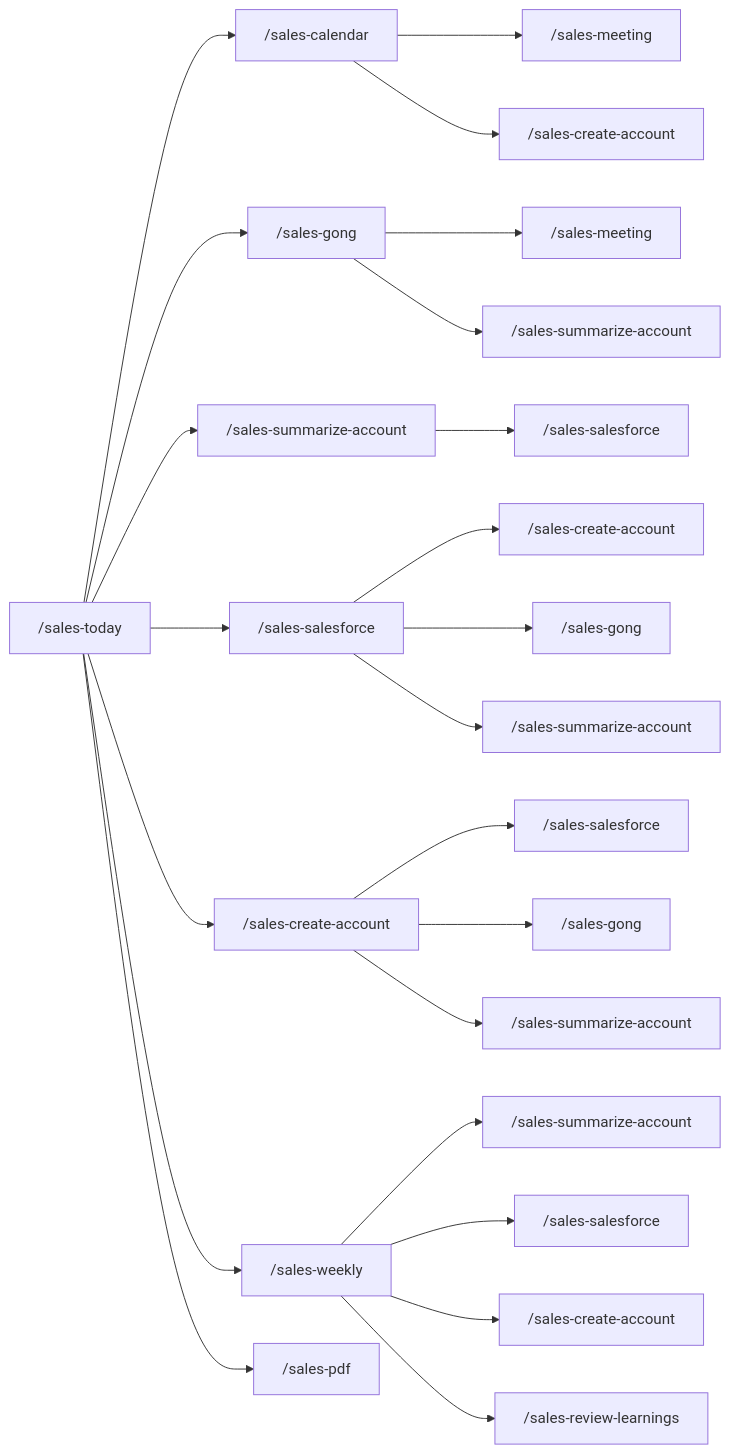
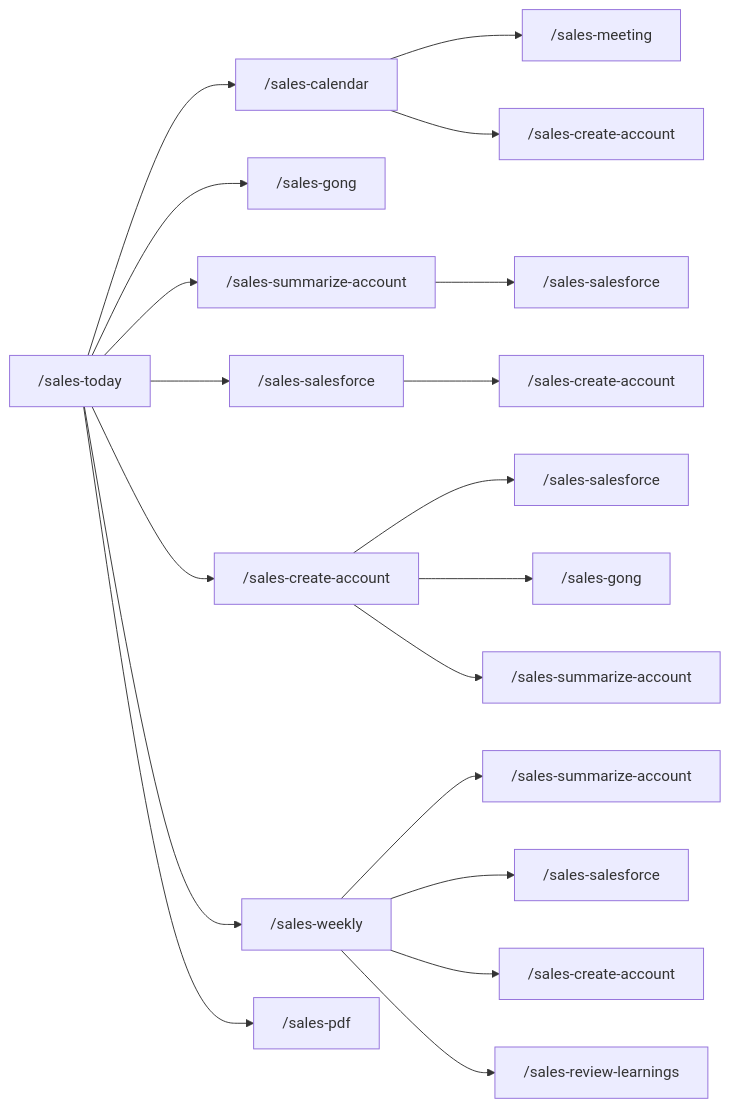
The diagram in README.md (yeutterg/claude-code-sales-skills), drawn with Mermaid before and after one commit. The commit also changed other lines of this file and 12 other files, not shown here.

````diff
--- a/README.md
+++ b/README.md
@@ -218,26 +224,22 @@
 ```mermaid
 graph LR
     today["/sales-today"] --> calendar["/sales-calendar"]
     today --> gong1["/sales-gong"]
     today --> summarize1["/sales-summarize-account"]
     today --> salesforce1["/sales-salesforce"]
     today --> create1["/sales-create-account"]
     today --> weekly["/sales-weekly"]
     today --> pdf["/sales-pdf"]
 
     calendar --> meeting1["/sales-meeting"]
     calendar --> create2["/sales-create-account"]
-    gong1 --> meeting2["/sales-meeting"]
-    gong1 --> summarize2["/sales-summarize-account"]
-    weekly --> summarize3["/sales-summarize-account"]
+    weekly --> summarize2["/sales-summarize-account"]
     weekly --> salesforce2["/sales-salesforce"]
     weekly --> create3["/sales-create-account"]
     weekly --> review["/sales-review-learnings"]
     create1 --> salesforce3["/sales-salesforce"]
     create1 --> gong2["/sales-gong"]
-    create1 --> summarize4["/sales-summarize-account"]
+    create1 --> summarize3["/sales-summarize-account"]
     summarize1 --> salesforce4["/sales-salesforce"]
     salesforce1 --> create4["/sales-create-account"]
-    salesforce1 --> gong3["/sales-gong"]
-    salesforce1 --> summarize5["/sales-summarize-account"]
 ```
````
